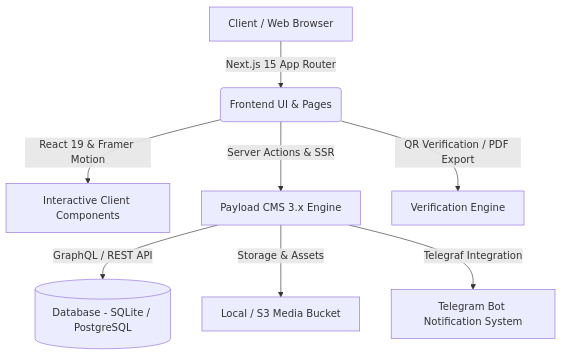
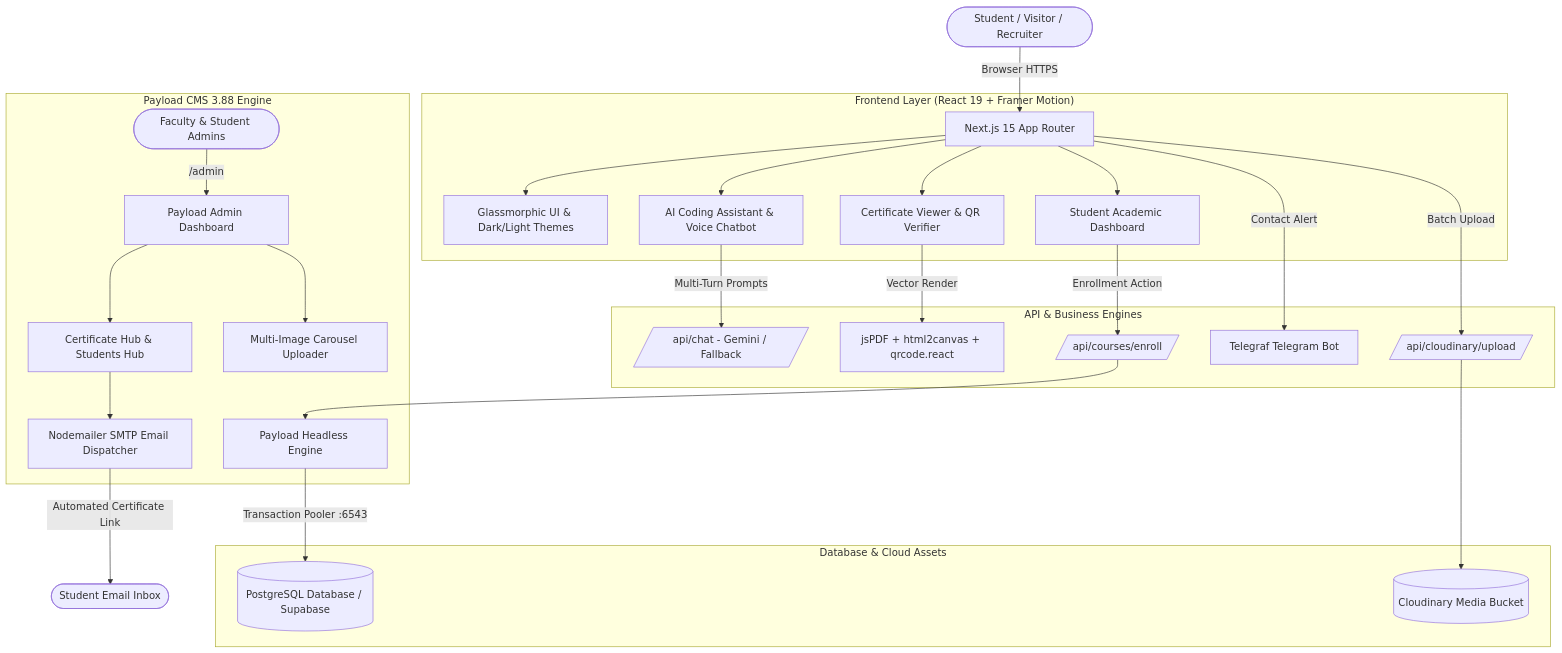
One commit to CodingClubCUH/Codingclubcuh changed the diagram in README.md. Above: the diagram before and after it, drawn with Mermaid. The commit also changed other lines of this file and 5 other files, not shown here.

````diff
--- a/README.md
+++ b/README.md
@@ -99,10 +125,34 @@
 ```mermaid
 graph TD
-    A[Client / Web Browser] -->|Next.js 15 App Router| B(Frontend UI & Pages)
-    B -->|React 19 & Framer Motion| C[Interactive Client Components]
-    B -->|Server Actions & SSR| D[Payload CMS 3.x Engine]
-    D -->|GraphQL / REST API| E[(Database - SQLite / PostgreSQL)]
-    D -->|Storage & Assets| F[Local / S3 Media Bucket]
-    D -->|Telegraf Integration| G[Telegram Bot Notification System]
-    B -->|QR Verification / PDF Export| H[Verification Engine]
+    User([Student / Visitor / Recruiter]) -->|Browser HTTPS| NextApp[Next.js 15 App Router]
+    
+    subgraph Frontend ["Frontend Layer (React 19 + Framer Motion)"]
+        NextApp --> GlassUI[Glassmorphic UI & Dark/Light Themes]
+        NextApp --> ChatWidget[AI Coding Assistant & Voice Chatbot]
+        NextApp --> CertViewer[Certificate Viewer & QR Verifier]
+        NextApp --> StudentPortal[Student Academic Dashboard]
+    end
+
+    subgraph APILayer ["API & Business Engines"]
+        ChatWidget -->|Multi-Turn Prompts| ChatRoute[/api/chat - Gemini / Fallback/]
+        CertViewer -->|Vector Render| PDFEngine[jsPDF + html2canvas + qrcode.react]
+        StudentPortal -->|Enrollment Action| EnrollRoute[/api/courses/enroll/]
+        NextApp -->|Contact Alert| TelegrafBot[Telegraf Telegram Bot]
+        NextApp -->|Batch Upload| CloudinaryAPI[/api/cloudinary/upload/]
+    end
+
+    subgraph Backend ["Payload CMS 3.88 Engine"]
+        AdminUser([Faculty & Student Admins]) -->|/admin| AdminPanel[Payload Admin Dashboard]
+        AdminPanel --> CertHub[Certificate Hub & Students Hub]
+        AdminPanel --> MultiUpload[Multi-Image Carousel Uploader]
+        EnrollRoute --> PayloadCore[Payload Headless Engine]
+        CertHub --> SMTPEngine[Nodemailer SMTP Email Dispatcher]
+    end
+
+    subgraph DataStorage ["Database & Cloud Assets"]
+        PayloadCore -->|Transaction Pooler :6543| SupabaseDB[(PostgreSQL Database / Supabase)]
+        CloudinaryAPI --> CloudinaryCDN[(Cloudinary Media Bucket)]
+    end
+
+    SMTPEngine -->|Automated Certificate Link| StudentEmail([Student Email Inbox])
 ```
````
